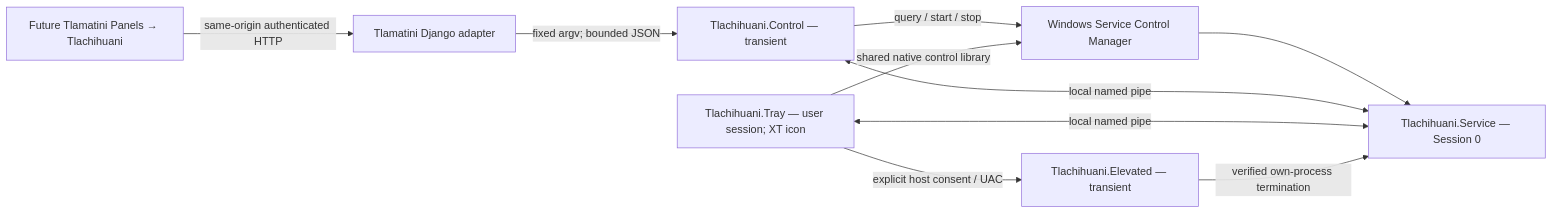
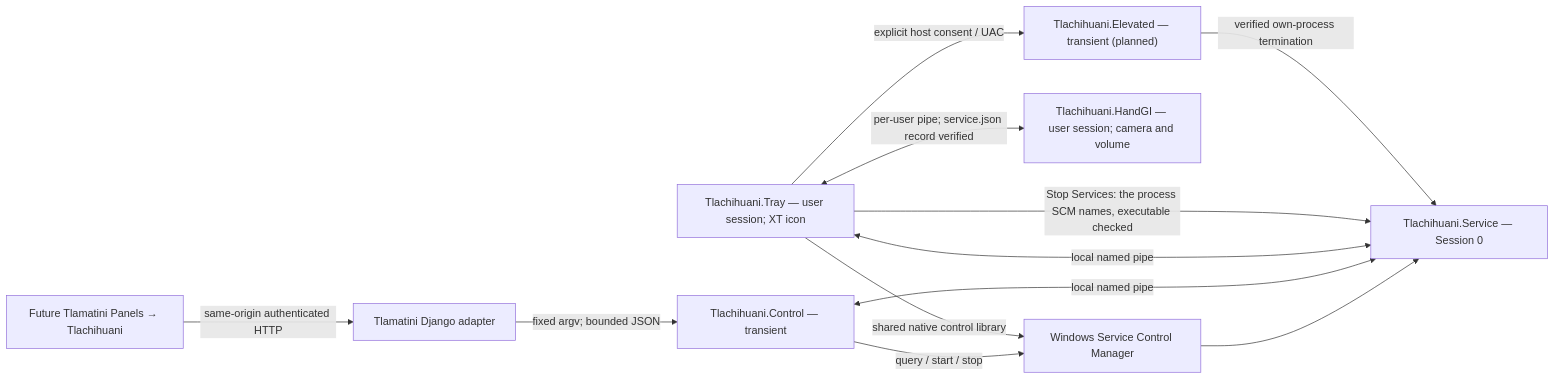
The diagram in docs/architecture.md (XAIHT/Tlachihuani), drawn with Mermaid before and after one commit. The commit also changed other lines of this file and 134 other files, not shown here.

First line of the commit message:
Adding HandGI hand signs and a Stop Services that ends everything at once

````diff
--- a/docs/architecture.md
+++ b/docs/architecture.md
@@ -26,12 +26,14 @@
 ```mermaid
 flowchart LR
     UI["Future Tlamatini Panels → Tlachihuani"] -->|"same-origin authenticated HTTP"| DJ["Tlamatini Django adapter"]
     DJ -->|"fixed argv; bounded JSON"| CTL["Tlachihuani.Control — transient"]
     CTL -->|"query / start / stop"| SCM["Windows Service Control Manager"]
     SCM --> SVC["Tlachihuani.Service — Session 0"]
     CTL <-->|"local named pipe"| SVC
     TRAY["Tlachihuani.Tray — user session; XT icon"] <-->|"local named pipe"| SVC
     TRAY -->|"shared native control library"| SCM
-    TRAY -->|"explicit host consent / UAC"| ELEV["Tlachihuani.Elevated — transient"]
+    TRAY -->|"Stop Services: the process SCM names, executable checked"| SVC
+    TRAY <-->|"per-user pipe; service.json record verified"| HANDGI["Tlachihuani.HandGI — user session; camera and volume"]
+    TRAY -->|"explicit host consent / UAC"| ELEV["Tlachihuani.Elevated — transient (planned)"]
     ELEV -->|"verified own-process termination"| SVC
 ```
````
